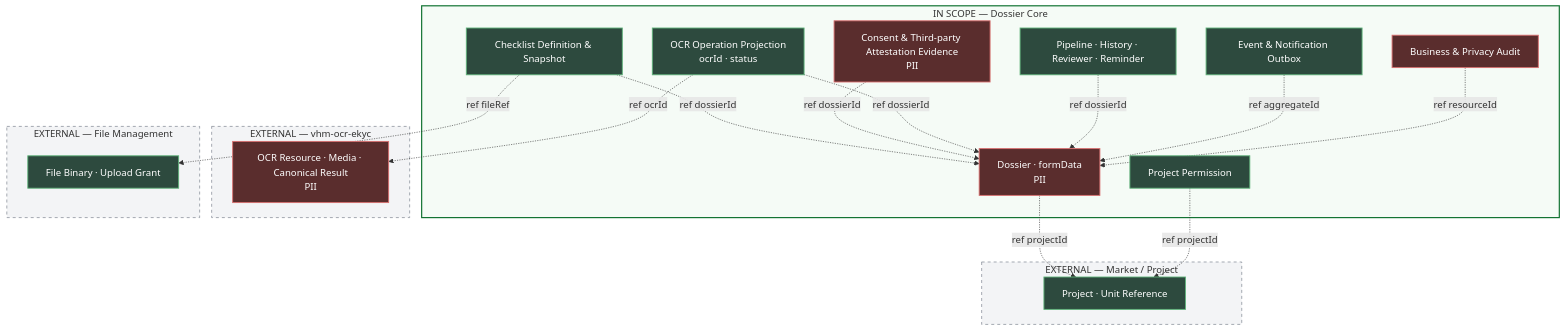
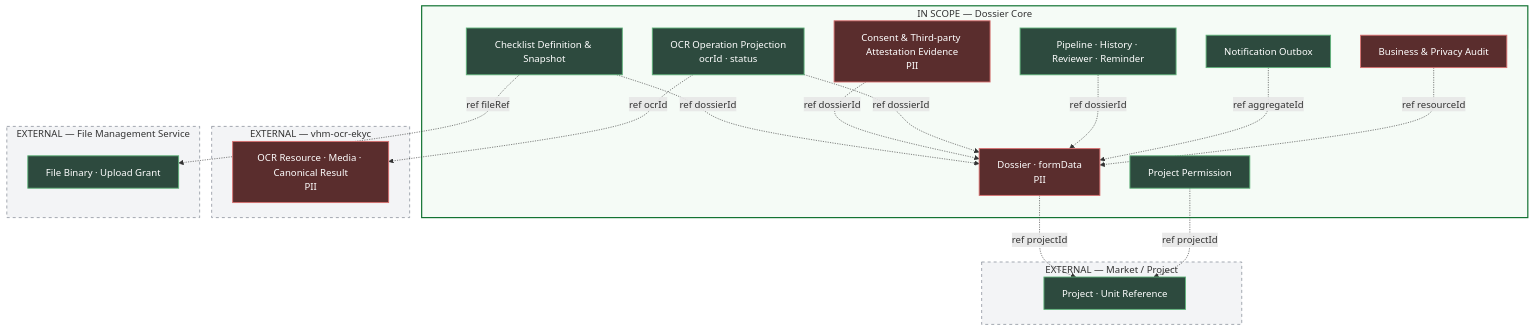
The fourth of 17 diagrams in tdd-dossier.md (huynv-xyz/vhm), drawn with Mermaid before and after one commit. The commit also changed other lines of this file, not shown here.

````diff
--- a/tdd-dossier.md
+++ b/tdd-dossier.md
@@ -835,44 +907,44 @@
 ```mermaid
 flowchart TB
     classDef owned fill:#2D4A3E,stroke:#5FB37A,stroke-width:1.5px,color:#FFFFFF
     classDef sensitive fill:#5A2D2D,stroke:#D96F6F,stroke-width:1.5px,color:#FFFFFF
 
     subgraph CORE[IN SCOPE — Dossier Core]
         DOS[Dossier · formData<br/>PII]:::sensitive
         CHECK[Checklist Definition & Snapshot]:::owned
         CONSENT[Consent & Third-party Attestation Evidence<br/>PII]:::sensitive
         OCR_OP[OCR Operation Projection<br/>ocrId · status]:::owned
         PIPE[Pipeline · History · Reviewer · Reminder]:::owned
         PERM[Project Permission]:::owned
-        OUTBOX[Event & Notification Outbox]:::owned
+        NOTIFY[Notification Outbox]:::owned
         AUDIT[Business & Privacy Audit]:::sensitive
     end
 
     subgraph OCR[EXTERNAL — vhm-ocr-ekyc]
         OCR_RES[OCR Resource · Media · Canonical Result<br/>PII]:::sensitive
     end
 
-    subgraph FILE[EXTERNAL — File Management]
+    subgraph FILE[EXTERNAL — File Management Service]
         FILE_RES[File Binary · Upload Grant]:::owned
     end
 
     subgraph MARKET[EXTERNAL — Market / Project]
         PROJECT[Project · Unit Reference]:::owned
     end
 
     CHECK -.->|ref dossierId| DOS
     CONSENT -.->|ref dossierId| DOS
     OCR_OP -.->|ref dossierId| DOS
     OCR_OP -.->|ref ocrId| OCR_RES
     PIPE -.->|ref dossierId| DOS
-    OUTBOX -.->|ref aggregateId| DOS
+    NOTIFY -.->|ref aggregateId| DOS
     AUDIT -.->|ref resourceId| DOS
     DOS -.->|ref projectId| PROJECT
     CHECK -.->|ref fileRef| FILE_RES
     PERM -.->|ref projectId| PROJECT
 
     style CORE fill:#F5FBF6,stroke:#137333,stroke-width:2px
     style OCR fill:#F3F4F6,stroke:#6B7280,stroke-dasharray:5 5
     style FILE fill:#F3F4F6,stroke:#6B7280,stroke-dasharray:5 5
     style MARKET fill:#F3F4F6,stroke:#6B7280,stroke-dasharray:5 5
 ```
````
